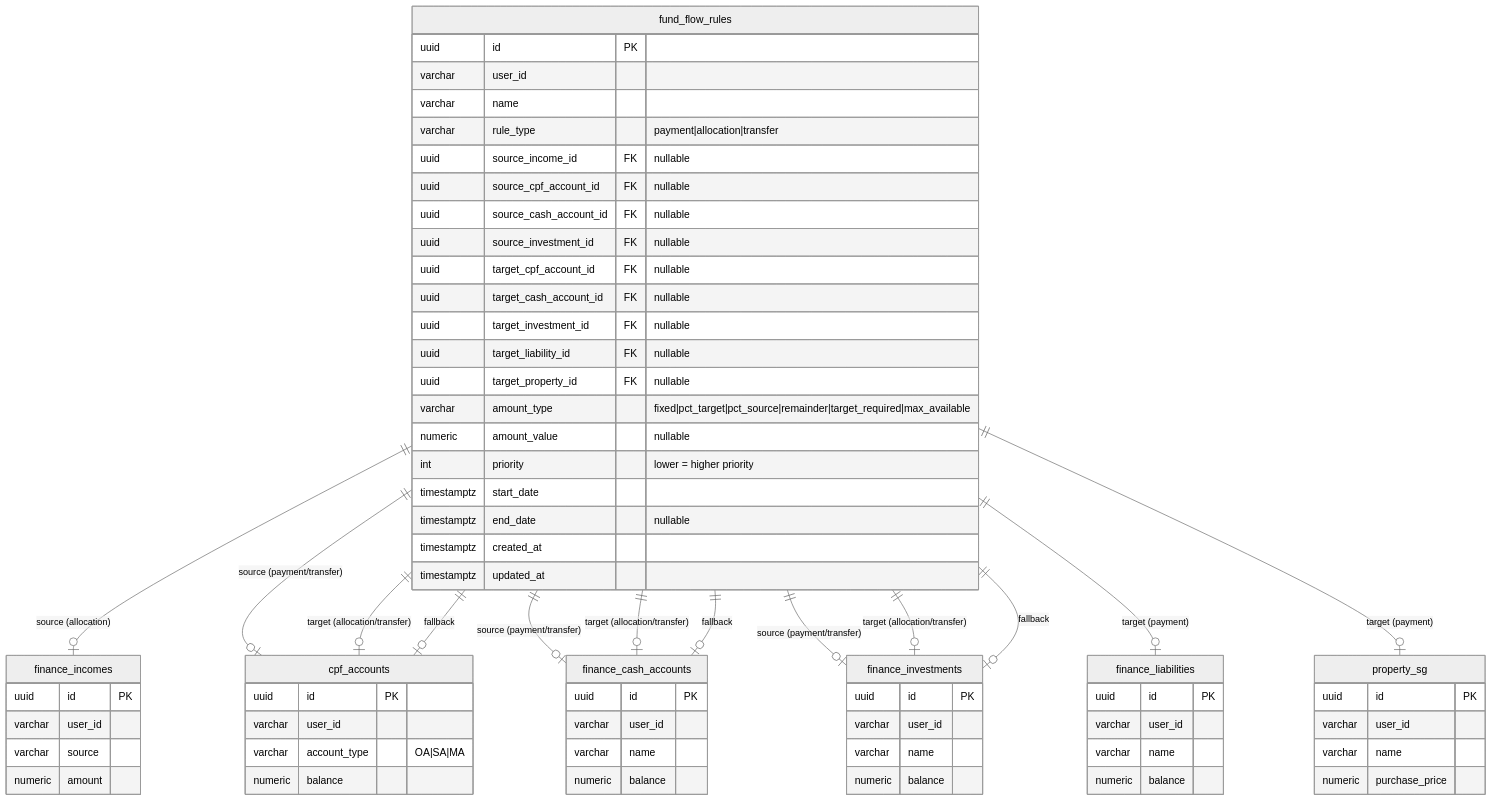
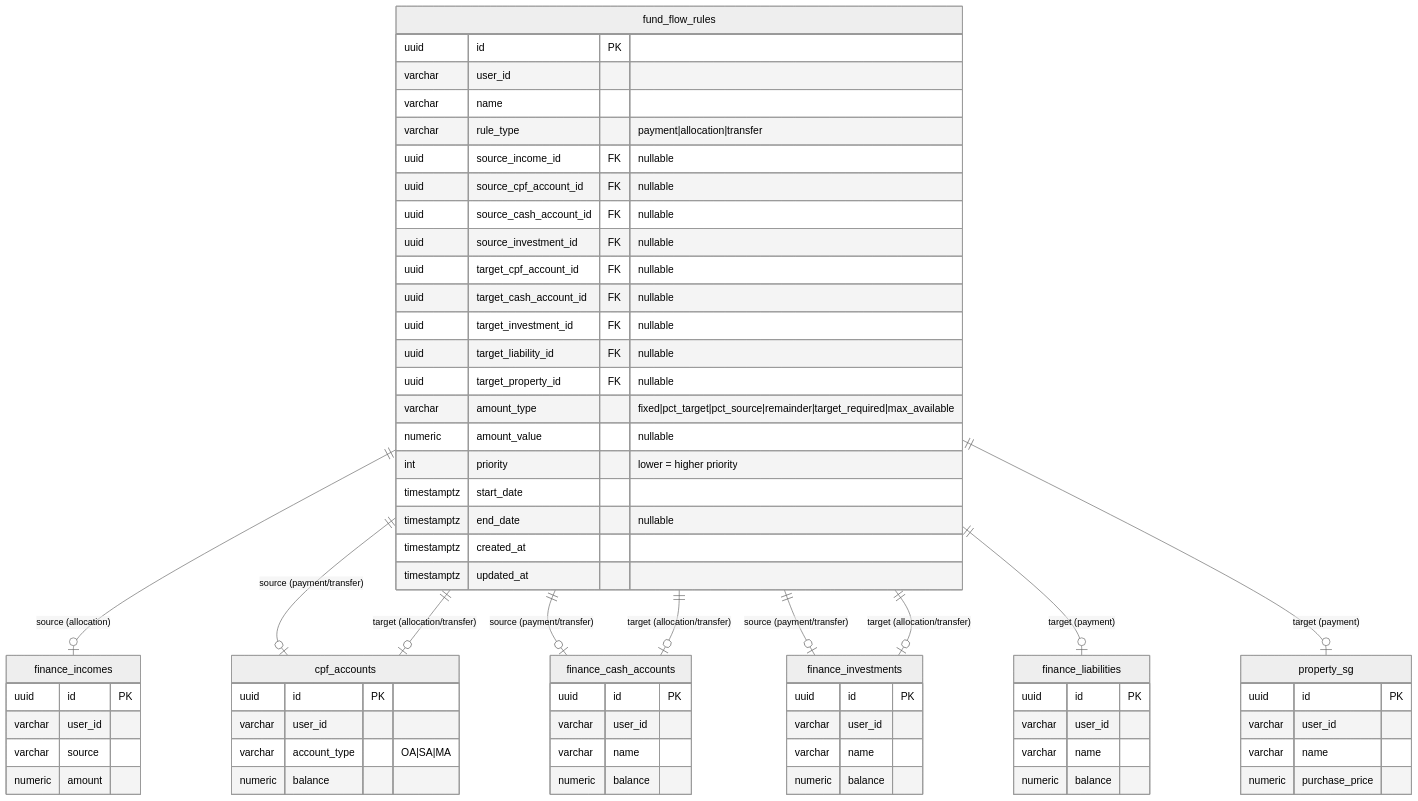
The fifth of 11 diagrams in specs/fund-flow-rules.md (jcleow/wealthproject), drawn with Mermaid (neutral theme) before and after one commit. The commit also changed other lines of this file and 8 other files, not shown here.

First line of the commit message:
feat(fund-flow-rules): auto-generate transfer rules for property sale proceeds

````diff
--- a/specs/fund-flow-rules.md
+++ b/specs/fund-flow-rules.md
@@ -233,8 +233,5 @@
     fund_flow_rules ||--o| finance_liabilities : "target (payment)"
     fund_flow_rules ||--o| property_sg : "target (payment)"
 
-    %% Fallback relationships
-    fund_flow_rules ||--o| cpf_accounts : "fallback"
-    fund_flow_rules ||--o| finance_cash_accounts : "fallback"
-    fund_flow_rules ||--o| finance_investments : "fallback"
+    %% Note: No fallback columns - use priority-based multiple rules instead
 ```
````
